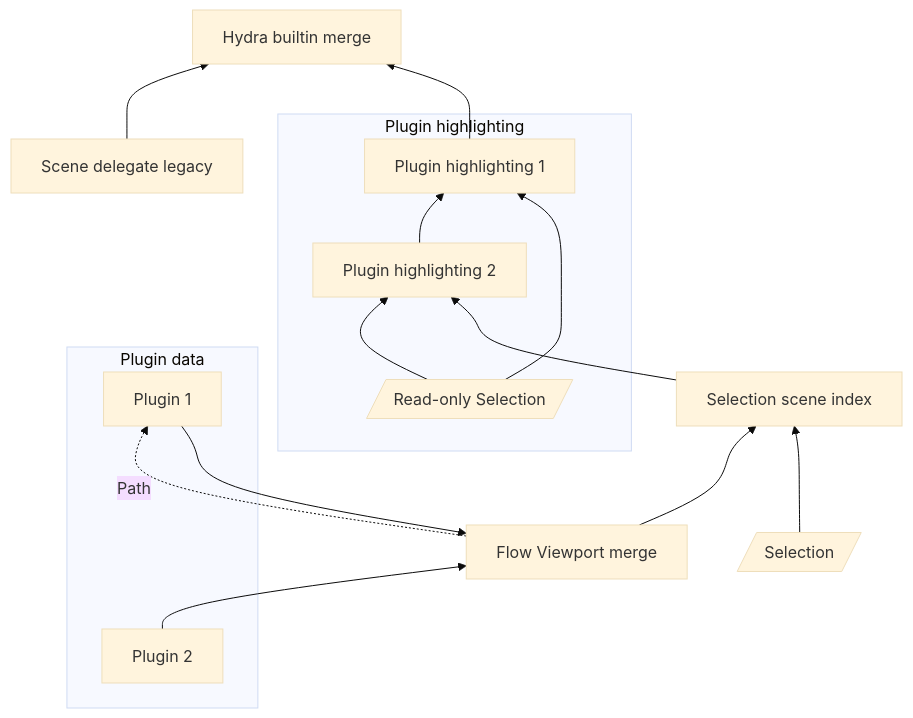
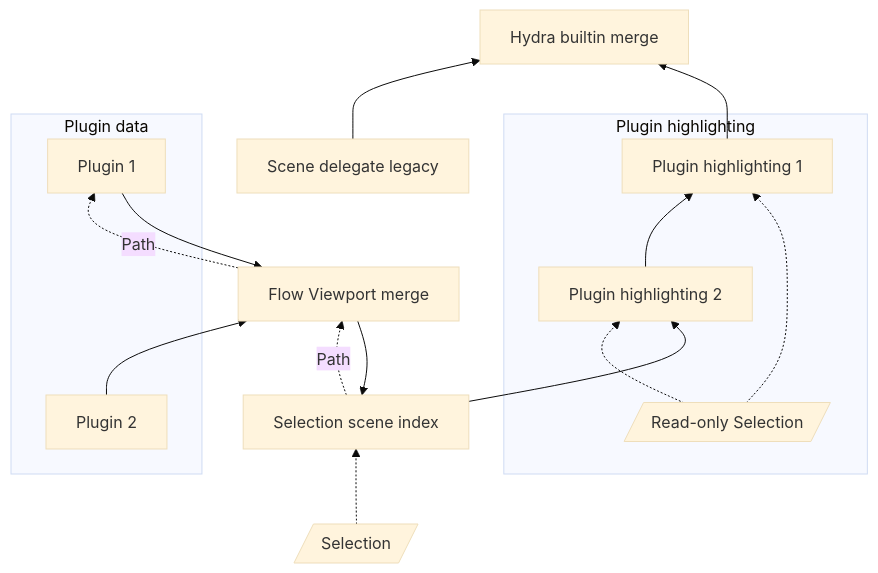
One commit to Autodesk/maya-hydra changed the first of 2 diagrams in doc/selectionHighlightingArchitecture.md. Above: the diagram before and after it, drawn with Mermaid (base theme). The commit also changed other lines of this file and 1 other file, not shown here.

Commit message:
Addressed second round of review comments.

````diff
--- a/doc/selectionHighlightingArchitecture.md
+++ b/doc/selectionHighlightingArchitecture.md
@@ -234,20 +234,21 @@
 ```mermaid
 graph BT;
     lgcy[Scene delegate legacy]-->hm[Hydra builtin merge];
     ph1[Plugin highlighting 1]-->hm;
     subgraph ph[Plugin highlighting]
         ph2[Plugin highlighting 2]-->ph1;
-        roSn[/Read-only Selection/]-->ph1;
-        roSn-->ph2;
+        roSn[/Read-only Selection/]-.->ph1;
+        roSn-.->ph2;
     end
-    sn[Selection scene index]-->ph2;
-    fvpm[Flow Viewport merge]-->sn;
+    snSi[Selection scene index]-->ph2;
+    fvpm[Flow Viewport merge]-->snSi;
     subgraph pd[Plugin data]
         p1[Plugin 1];
         p2[Plugin 2];
     end
     fvpm-. Path .->p1;
     p1-->fvpm;
     p2-->fvpm;
-    sn1[/Selection/]-->sn;
+    snSi-. Path .->fvpm;
+    sn[/Selection/]-.->snSi;
 ```
````
